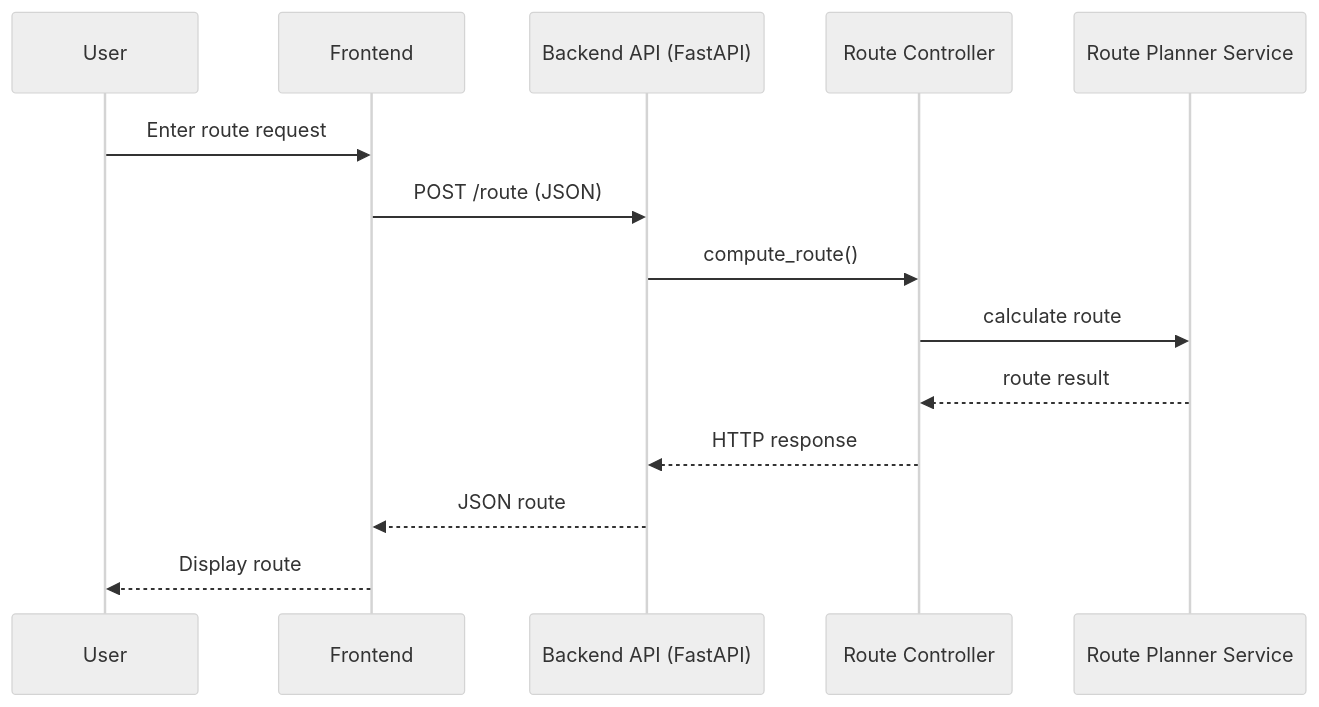
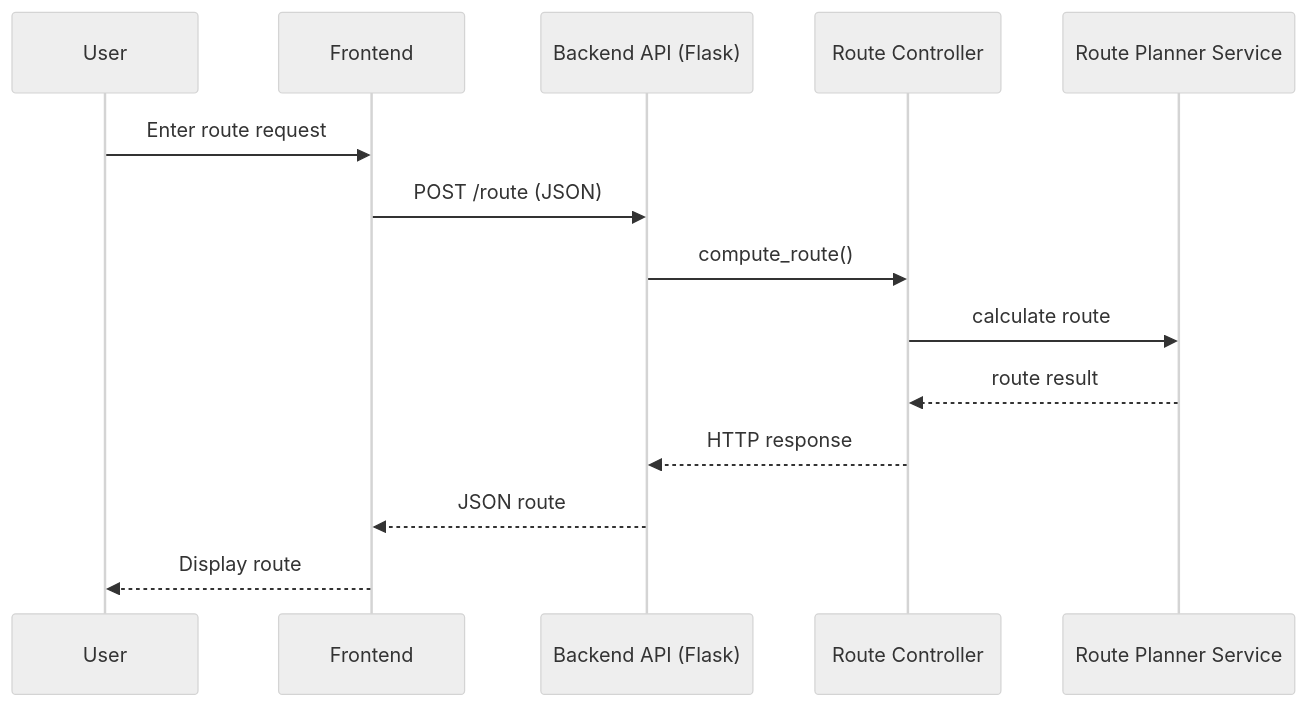
One commit to nicdia/IndoorShoppingNavigation changed the first of 2 diagrams in README.md. Above: the diagram before and after it, drawn with Mermaid (neutral theme). The commit also changed other lines of this file and 4 other files, not shown here.

````diff
--- a/README.md
+++ b/README.md
@@ -223,17 +194,17 @@
 ```mermaid
 sequenceDiagram
     participant User
     participant Frontend
-    participant API as Backend API (FastAPI)
+    participant API as Backend API (Flask)
     participant Controller as Route Controller
     participant Service as Route Planner Service
 
     User->>Frontend: Enter route request
     Frontend->>API: POST /route (JSON)
     API->>Controller: compute_route()
     Controller->>Service: calculate route
     Service-->>Controller: route result
     Controller-->>API: HTTP response
     API-->>Frontend: JSON route
     Frontend-->>User: Display route
 ```
````
